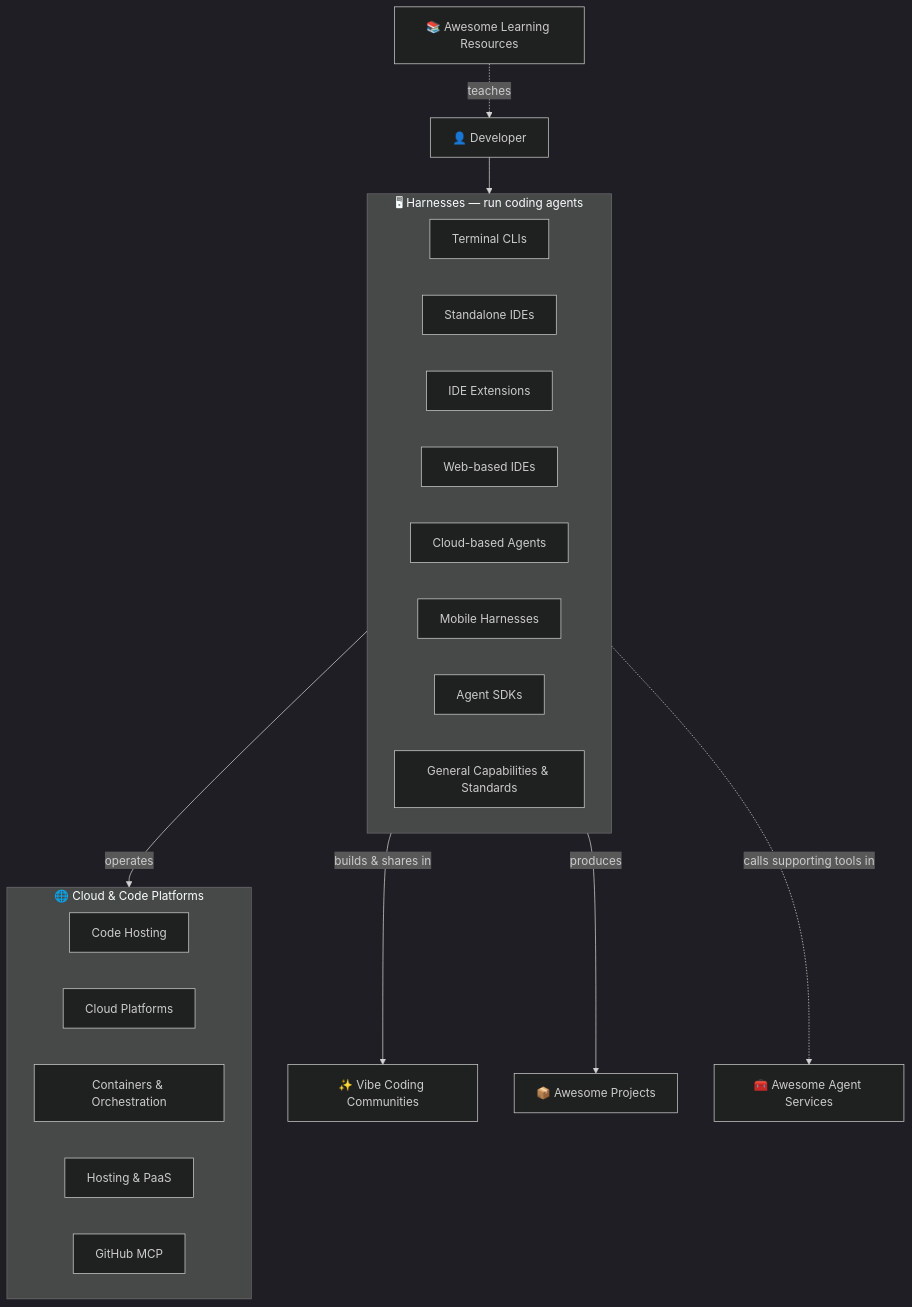
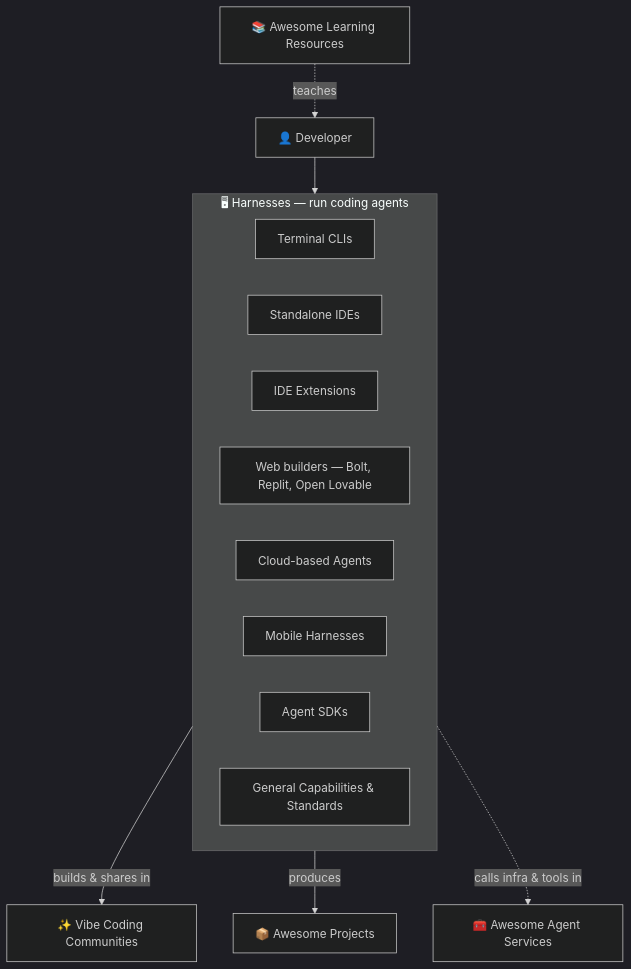
One commit to 0xWelt/Awesome-Vibe-Coding changed the diagram in README.md. Above: the diagram before and after it, drawn with Mermaid (dark theme). The commit also changed other lines of this file and 55 other files, not shown here.

First line of the commit message:
refactor: keep Lovable-style builders and drop infrastructure platforms

````diff
--- a/README.md
+++ b/README.md
@@ -26,37 +26,27 @@
 ```mermaid
 flowchart TB
     Dev["👤 Developer"]
 
     subgraph harnesses["🖥 Harnesses — run coding agents"]
         direction LR
         H1["Terminal CLIs"]
         H2["Standalone IDEs"]
         H3["IDE Extensions"]
-        H4["Web-based IDEs"]
+        H4["Web builders — Bolt, Replit, Open Lovable"]
         H5["Cloud-based Agents"]
         H6["Mobile Harnesses"]
         H7["Agent SDKs"]
         H8["General Capabilities & Standards"]
-    end
-
-    subgraph platforms["🌐 Cloud & Code Platforms"]
-        direction LR
-        P1["Code Hosting"]
-        P2["Cloud Platforms"]
-        P3["Containers & Orchestration"]
-        P4["Hosting & PaaS"]
-        P5["GitHub MCP"]
     end
 
     Comm["✨ Vibe Coding Communities"]
     Proj["📦 Awesome Projects"]
     Learn["📚 Awesome Learning Resources"]
     AAS["🧰 Awesome Agent Services"]
 
     Dev --> harnesses
-    harnesses -->|operates| platforms
     harnesses -->|builds & shares in| Comm
     harnesses -->|produces| Proj
     Learn -.->|teaches| Dev
-    harnesses -.->|calls supporting tools in| AAS
+    harnesses -.->|calls infra & tools in| AAS
 ```
````
